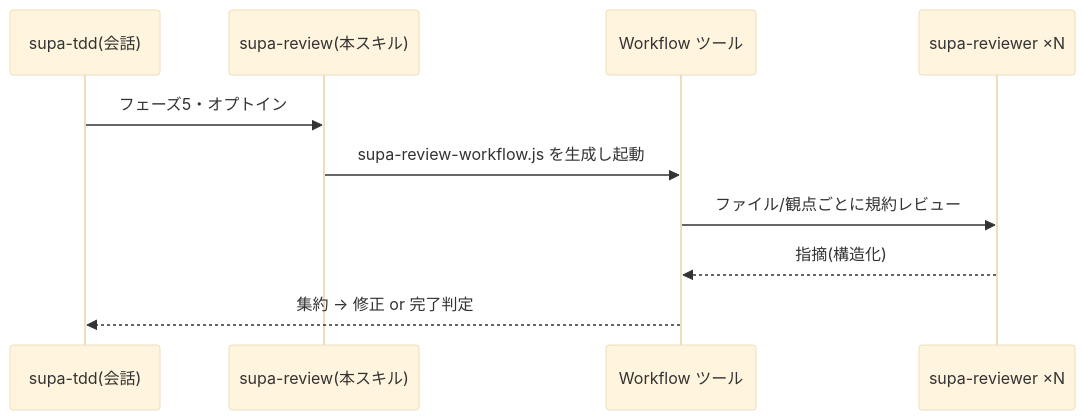
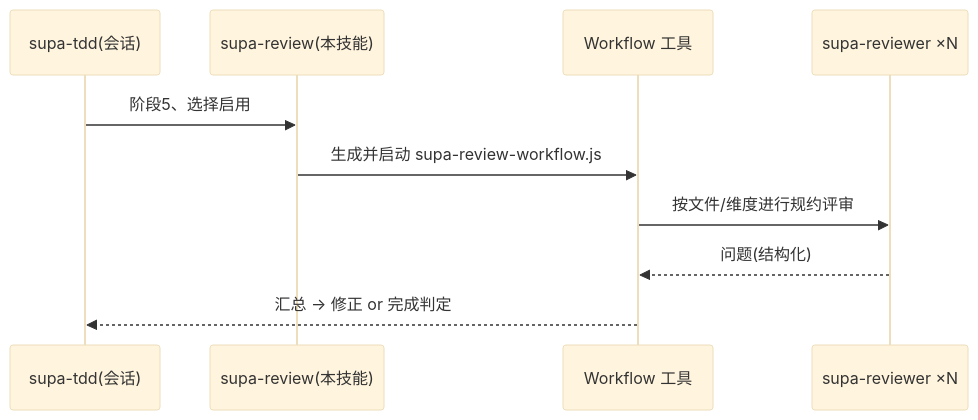
One commit to magcen-zone/supadevops changed the diagram in skills/supa-review/SKILL.md. Above: the diagram before and after it, drawn with Mermaid (base theme). The commit also changed other lines of this file and 11 other files, not shown here.

````diff
--- a/skills/supa-review/SKILL.md
+++ b/skills/supa-review/SKILL.md
@@ -12,12 +12,12 @@
 ```mermaid
 sequenceDiagram
-    participant S as supa-tdd(会話)
-    participant K as supa-review(本スキル)
-    participant W as Workflow ツール
+    participant S as supa-tdd(会话)
+    participant K as supa-review(本技能)
+    participant W as Workflow 工具
     participant A as supa-reviewer ×N
-    S->>K: フェーズ5・オプトイン
-    K->>W: supa-review-workflow.js を生成し起動
-    W->>A: ファイル/観点ごとに規約レビュー
-    A-->>W: 指摘(構造化)
-    W-->>S: 集約 → 修正 or 完了判定
+    S->>K: 阶段5、选择启用
+    K->>W: 生成并启动 supa-review-workflow.js
+    W->>A: 按文件/维度进行规约评审
+    A-->>W: 问题(结构化)
+    W-->>S: 汇总 → 修正 or 完成判定
 ```
````
